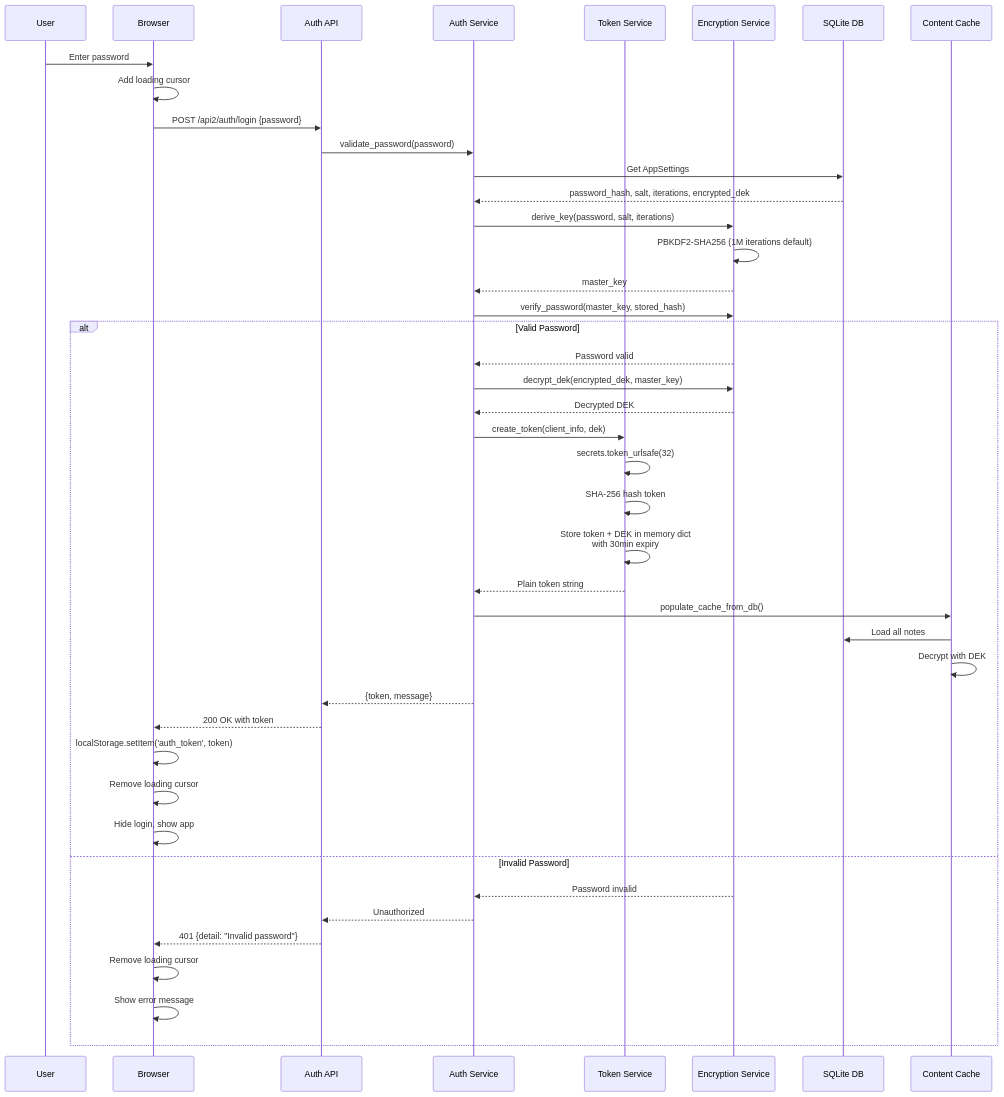
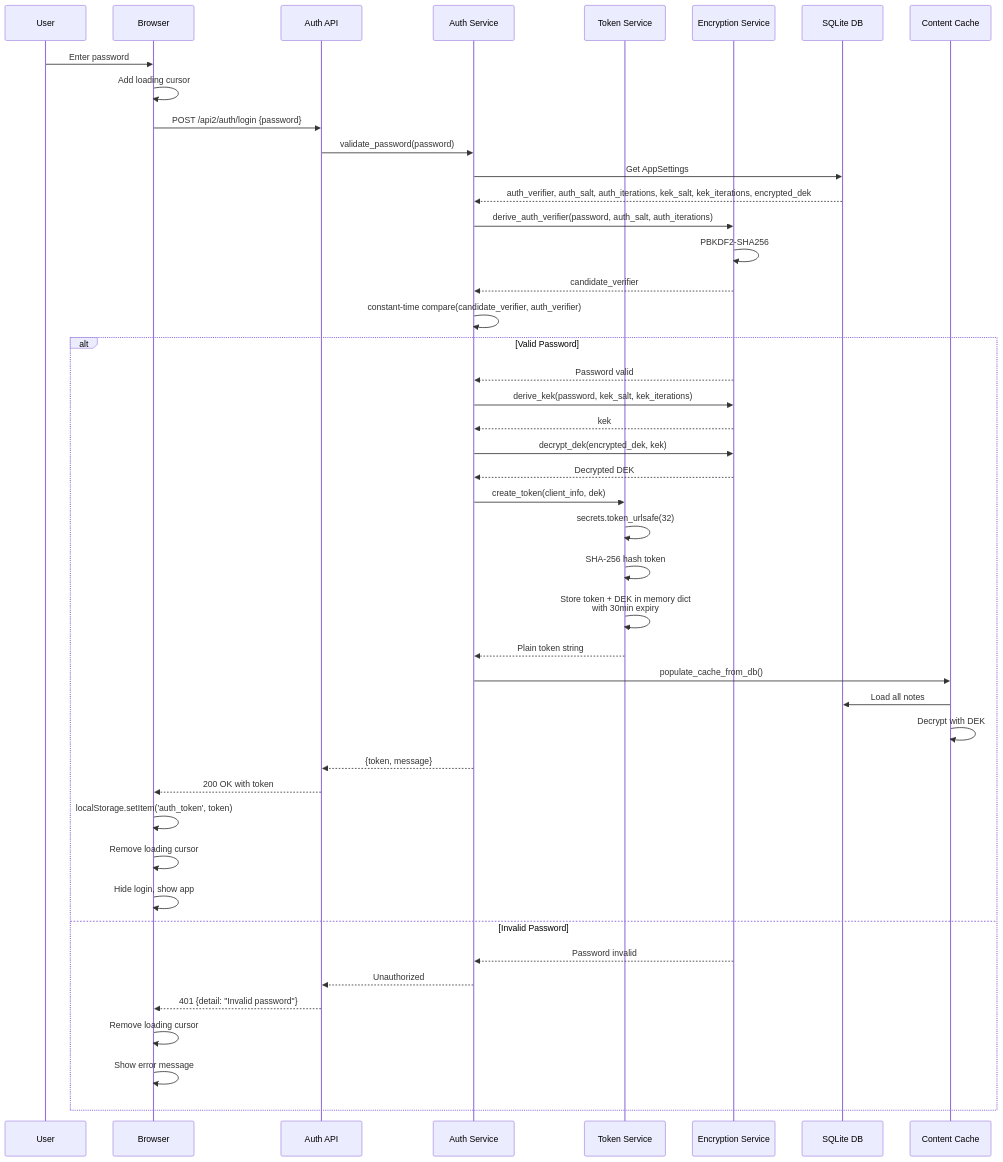
The diagram in docs/diagrams/auth-flow.md (evolvingstuff/metalist), drawn with Mermaid before and after one commit. The commit also changed 8 other files, not shown here.

Commit message:
separate auth verifier (better cypto)

````diff
--- a/docs/diagrams/auth-flow.md
+++ b/docs/diagrams/auth-flow.md
@@ -5,53 +5,55 @@
 ```mermaid
 sequenceDiagram
     participant U as User
     participant Browser as Browser
     participant API as Auth API
     participant AuthSvc as Auth Service
     participant TokenSvc as Token Service
     participant Enc as Encryption Service
     participant DB as SQLite DB
     participant Cache as Content Cache
     
     U->>Browser: Enter password
     Browser->>Browser: Add loading cursor
     Browser->>API: POST /api2/auth/login {password}
     
     API->>AuthSvc: validate_password(password)
     AuthSvc->>DB: Get AppSettings
-    DB-->>AuthSvc: password_hash, salt, iterations, encrypted_dek
+    DB-->>AuthSvc: auth_verifier, auth_salt, auth_iterations, kek_salt, kek_iterations, encrypted_dek
     
-    AuthSvc->>Enc: derive_key(password, salt, iterations)
-    Enc->>Enc: PBKDF2-SHA256 (1M iterations default)
-    Enc-->>AuthSvc: master_key
+    AuthSvc->>Enc: derive_auth_verifier(password, auth_salt, auth_iterations)
+    Enc->>Enc: PBKDF2-SHA256
+    Enc-->>AuthSvc: candidate_verifier
     
-    AuthSvc->>Enc: verify_password(master_key, stored_hash)
+    AuthSvc->>AuthSvc: constant-time compare(candidate_verifier, auth_verifier)
     
     alt Valid Password
         Enc-->>AuthSvc: Password valid
-        AuthSvc->>Enc: decrypt_dek(encrypted_dek, master_key)
+        AuthSvc->>Enc: derive_kek(password, kek_salt, kek_iterations)
+        Enc-->>AuthSvc: kek
+        AuthSvc->>Enc: decrypt_dek(encrypted_dek, kek)
         Enc-->>AuthSvc: Decrypted DEK
         
         AuthSvc->>TokenSvc: create_token(client_info, dek)
         TokenSvc->>TokenSvc: secrets.token_urlsafe(32)
         TokenSvc->>TokenSvc: SHA-256 hash token
         TokenSvc->>TokenSvc: Store token + DEK in memory dict<br/>with 30min expiry
         TokenSvc-->>AuthSvc: Plain token string
         
         AuthSvc->>Cache: populate_cache_from_db()
         Cache->>DB: Load all notes
         Cache->>Cache: Decrypt with DEK
         
         AuthSvc-->>API: {token, message}
         API-->>Browser: 200 OK with token
         Browser->>Browser: localStorage.setItem('auth_token', token)
         Browser->>Browser: Remove loading cursor
         Browser->>Browser: Hide login, show app
     else Invalid Password
         Enc-->>AuthSvc: Password invalid
         AuthSvc-->>API: Unauthorized
         API-->>Browser: 401 {detail: "Invalid password"}
         Browser->>Browser: Remove loading cursor
         Browser->>Browser: Show error message
     end
 ```
````
